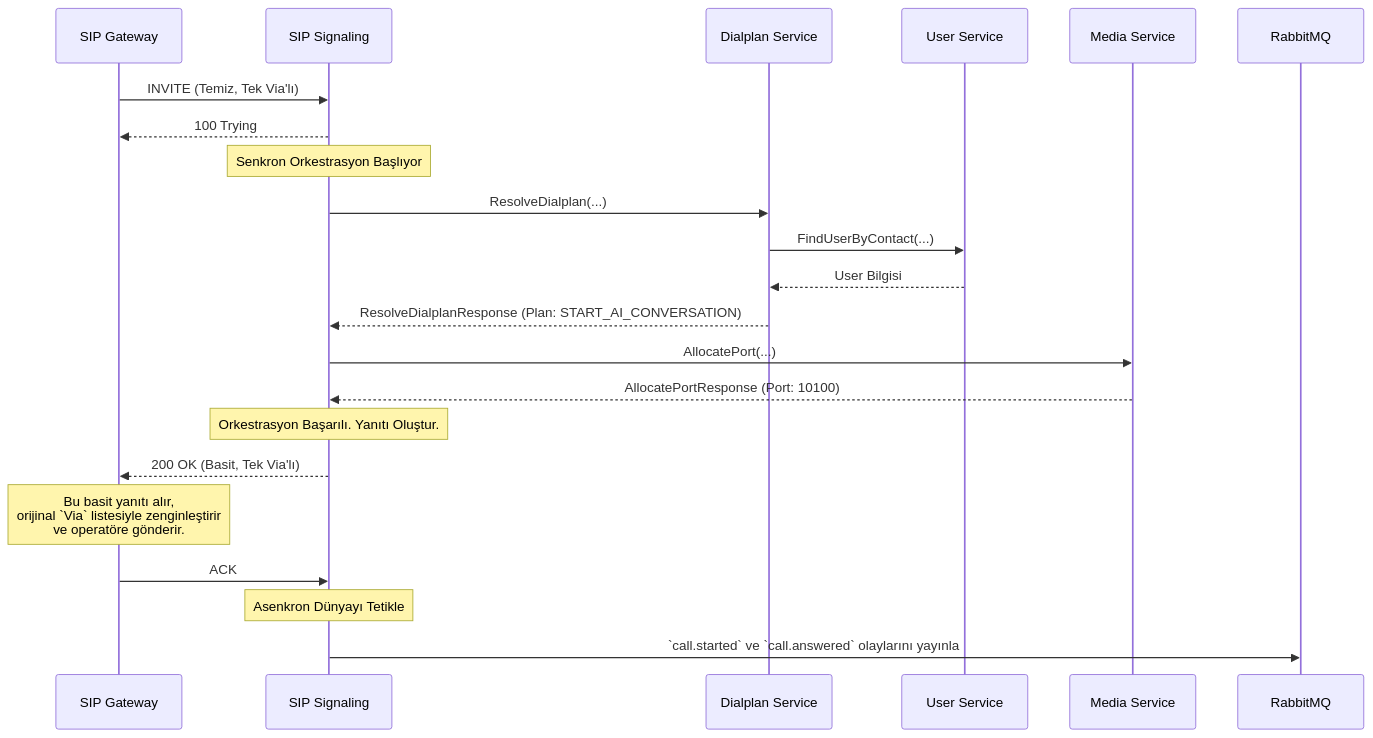
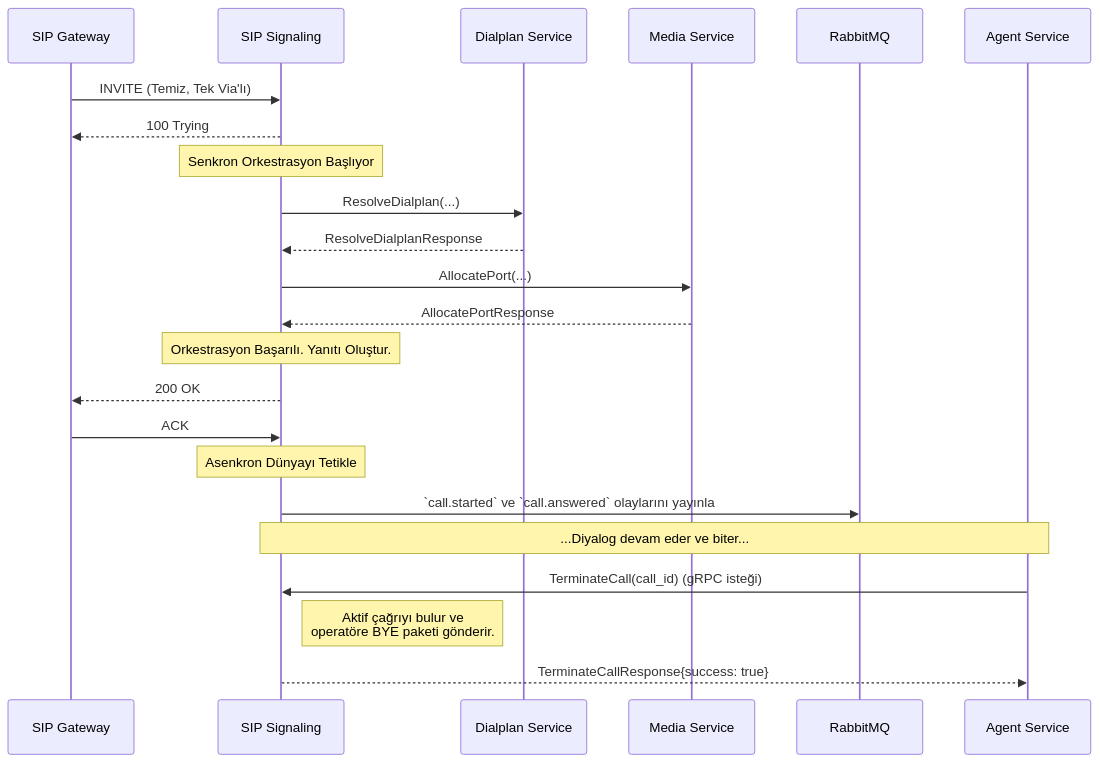
One commit to sentiric/sentiric-sip-signaling-service changed the diagram in LOGIC.md. Above: the diagram before and after it, drawn with Mermaid. The commit also changed other lines of this file, not shown here.

First line of the commit message:
docs(core): Synchronize LOGIC.md files with current architecture

````diff
--- a/LOGIC.md
+++ b/LOGIC.md
@@ -17,31 +20,32 @@
 ```mermaid
 sequenceDiagram
     participant Gateway as SIP Gateway
     participant Signaling as SIP Signaling
     participant Dialplan as Dialplan Service
-    participant User as User Service
     participant Media as Media Service
     participant RabbitMQ
-    
+    participant AgentService as Agent Service
+
     Gateway->>Signaling: INVITE (Temiz, Tek Via'lı)
     Signaling-->>Gateway: 100 Trying
 
     Note over Signaling: Senkron Orkestrasyon Başlıyor
     Signaling->>Dialplan: ResolveDialplan(...)
-    Dialplan->>User: FindUserByContact(...)
-    User-->>Dialplan: User Bilgisi
-    Dialplan-->>Signaling: ResolveDialplanResponse (Plan: START_AI_CONVERSATION)
-
+    Dialplan-->>Signaling: ResolveDialplanResponse
     Signaling->>Media: AllocatePort(...)
-    Media-->>Signaling: AllocatePortResponse (Port: 10100)
+    Media-->>Signaling: AllocatePortResponse
 
     Note over Signaling: Orkestrasyon Başarılı. Yanıtı Oluştur.
-    Signaling-->>Gateway: 200 OK (Basit, Tek Via'lı)
-    
-    Note over Gateway: Bu basit yanıtı alır, <br> orijinal `Via` listesiyle zenginleştirir <br> ve operatöre gönderir.
+    Signaling-->>Gateway: 200 OK
     
     Gateway->>Signaling: ACK
     
     Note over Signaling: Asenkron Dünyayı Tetikle
     Signaling->>RabbitMQ: `call.started` ve `call.answered` olaylarını yayınla
+
+    Note over Signaling, AgentService: ...Diyalog devam eder ve biter...
+    
+    AgentService->>Signaling: TerminateCall(call_id) (gRPC isteği)
+    Note right of Signaling: Aktif çağrıyı bulur ve <br> operatöre BYE paketi gönderir.
+    Signaling-->>AgentService: TerminateCallResponse{success: true}
 ```
````
